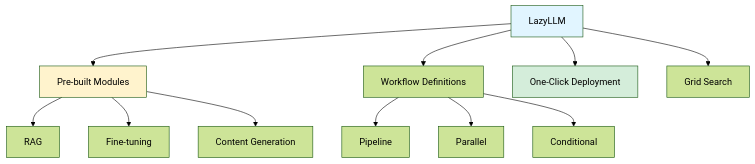
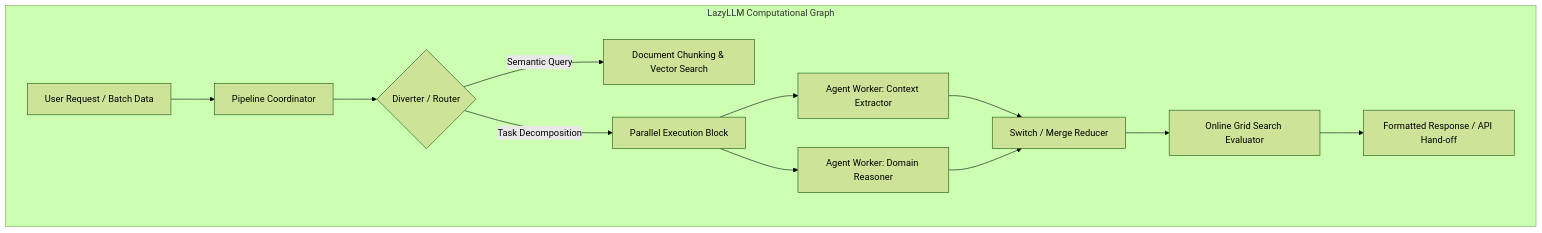
Before and after one commit to akillness/akillness.github.io: the first of 4 diagrams in _posts/2024/08/2024-08-04-lazellm-for-building-multi-agent-application.md, drawn with Mermaid (forest theme). The commit also changed other lines of this file and 1 other file, not shown here.

Commit message:
archive(dev): rebuild lazellm-for-building-multi-agent-application from 2024-08 note

````diff
--- a/_posts/2024/08/2024-08-04-lazellm-for-building-multi-agent-application.md
+++ b/_posts/2024/08/2024-08-04-lazellm-for-building-multi-agent-application.md
@@ -26,19 +20,15 @@
 ```mermaid
-graph TB
-    A[LazyLLM] --> B[Pre-built Modules]
-    A --> C[Workflow Definitions]
-    A --> D[One-Click Deployment]
-    A --> E[Grid Search]
-    
-    B --> B1[RAG]
-    B --> B2[Fine-tuning]
-    B --> B3[Content Generation]
-    
-    C --> C1[Pipeline]
-    C --> C2[Parallel]
-    C --> C3[Conditional]
-    
-    style A fill:#e1f5ff
-    style B fill:#fff3cd
-    style D fill:#d4edda
+graph TD
+    subgraph DataflowFlow["LazyLLM Computational Graph"]
+        In[User Request / Batch Data] --> Pipe[Pipeline Coordinator]
+        Pipe --> Div{Diverter / Router}
+        Div -->|Semantic Query| RAG[Document Chunking & Vector Search]
+        Div -->|Task Decomposition| Par[Parallel Execution Block]
+        Par --> Sub1[Agent Worker: Context Extractor]
+        Par --> Sub2[Agent Worker: Domain Reasoner]
+        Sub1 --> Join[Switch / Merge Reducer]
+        Sub2 --> Join
+        Join --> Eval[Online Grid Search Evaluator]
+        Eval --> Out[Formatted Response / API Hand-off]
+    end
 ```
````
